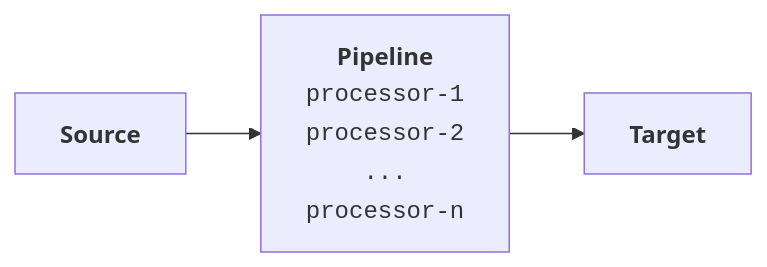
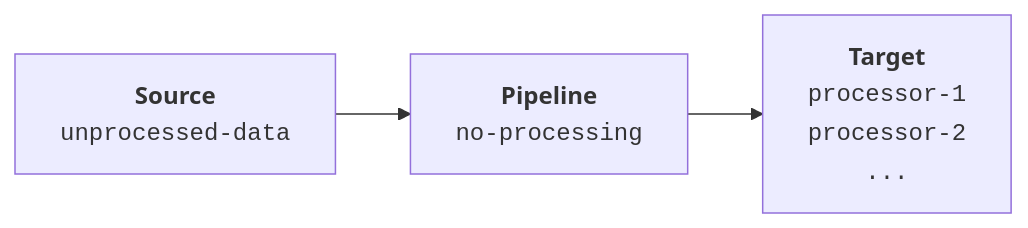
Before and after one commit to VirtualMetric/virtualmetric-docs: the third of 3 diagrams in docs/admin/pipelines/overview.mdx, drawn with Mermaid. The commit also changed other lines of this file and 1 other file, not shown here.

````diff
--- a/docs/admin/pipelines/overview.mdx
+++ b/docs/admin/pipelines/overview.mdx
@@ -11,12 +52,13 @@
 ```mermaid
 %%{init: {"flowchart": {"htmlLabels": false}} }%%
 flowchart LR
-	sourceBox["`**Source**`"]
+	sourceBox["`**Source**
+         <code>unprocessed-data</code>`"]
     	pielineBox["`**Pipeline**
-			<code>processor-1</code>
-    		<code>processor-2</code>
-    		<code>...</code>
-    		<code>processor-n</code>`"]
-	targetBox["`**Target**`"]
+			<code>no-processing</code>`"]
+	targetBox["`**Target**
+      <code>processor-1</code>
+      <code>processor-2</code>
+      <code>...</code>`"]
 	sourceBox --> pielineBox --> targetBox
 ```
````
